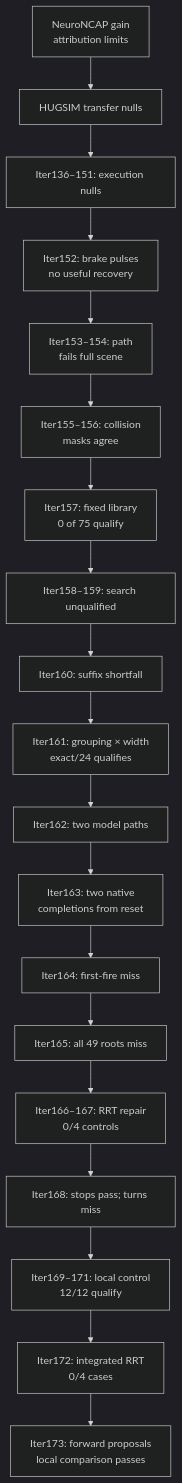
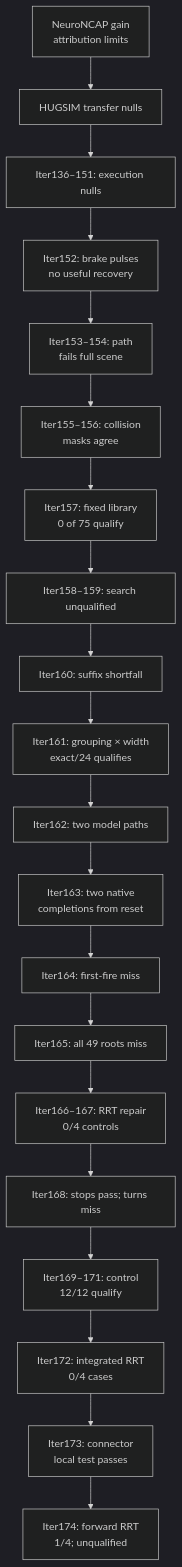
One commit to manfromnowhere143/sentinel changed the second of 3 diagrams in README.md. Above: the diagram before and after it, drawn with Mermaid (dark theme). The commit also changed other lines of this file and 15 other files, not shown here.

````diff
--- a/README.md
+++ b/README.md
@@ -228,23 +228,24 @@
 ```mermaid
 flowchart TB
-  accTitle: How the evidence changed the question
+  accTitle: How evidence changed the question
   accDescr: Local qualification is not first-fire recovery.
   N["NeuroNCAP gain<br/>attribution limits"] --> T["HUGSIM transfer nulls"]
   T --> E["Iter136–151: execution nulls"]
   E --> P["Iter152: brake pulses<br/>no useful recovery"]
   P --> M["Iter153–154: path<br/>fails full scene"]
   M --> W["Iter155–156: collision<br/>masks agree"]
   W --> L["Iter157: fixed library<br/>0 of 75 qualify"]
   L --> A["Iter158–159: search unqualified"]
   A --> K["Iter160: suffix shortfall"]
   K --> G["Iter161: grouping × width<br/>exact/24 qualifies"]
   G --> S["Iter162: two model paths"]
   S --> V["Iter163: two native<br/>completions from reset"]
   V --> B["Iter164: first-fire miss"]
   B --> D["Iter165: all 49 roots miss"]
   D --> R["Iter166–167: RRT repair<br/>0/4 controls"]
   R --> J["Iter168: stops pass; turns miss"]
-  J --> H["Iter169–171: local control<br/>12/12 qualify"]
+  J --> H["Iter169–171: control<br/>12/12 qualify"]
   H --> I["Iter172: integrated RRT<br/>0/4 cases"]
-  I --> O["Iter173: forward proposals<br/>local comparison passes"]
+  I --> O["Iter173: connector<br/>local test passes"]
+  O --> U["Iter174: forward RRT<br/>1/4; unqualified"]
 ```
````
